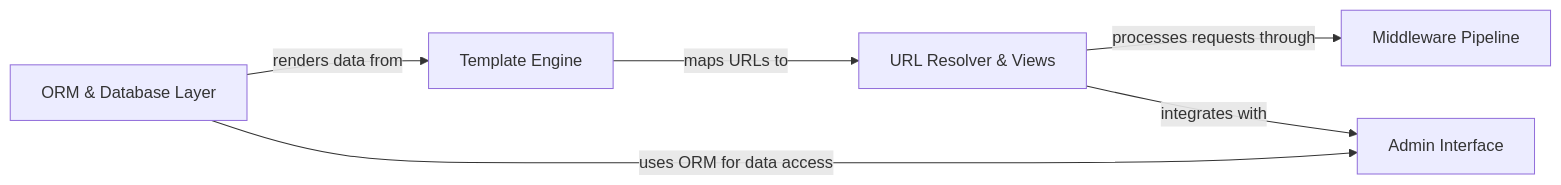
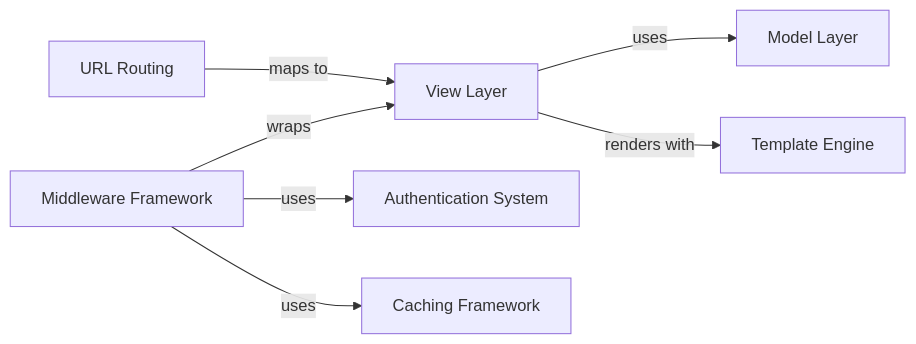
Before and after one commit to CodeBoarding/GeneratedOnBoardings: the diagram in django/on_boarding.md, drawn with Mermaid. The commit also changed other lines of this file and 4 other files, not shown here.

````diff
--- a/django/on_boarding.md
+++ b/django/on_boarding.md
@@ -1,17 +1,16 @@
 ```mermaid
 graph LR
-    ORM_Database_Layer["ORM & Database Layer"]
-    Middleware_Pipeline["Middleware Pipeline"]
-    URL_Resolver_Views["URL Resolver & Views"]
+    Model_Layer["Model Layer"]
+    View_Layer["View Layer"]
     Template_Engine["Template Engine"]
-    Admin_Interface["Admin Interface"]
-    URL_Resolver_Views -- "processes requests through" --> Middleware_Pipeline
-    Template_Engine -- "maps URLs to" --> URL_Resolver_Views
-    ORM_Database_Layer -- "renders data from" --> Template_Engine
-    ORM_Database_Layer -- "uses ORM for data access" --> Admin_Interface
-    URL_Resolver_Views -- "integrates with" --> Admin_Interface
-    click ORM_Database_Layer href "https://github.com/CodeBoarding/GeneratedOnBoardings/blob/main/django/ORM_Database_Layer.md" "Details"
-    click Middleware_Pipeline href "https://github.com/CodeBoarding/GeneratedOnBoardings/blob/main/django/Middleware_Pipeline.md" "Details"
-    click URL_Resolver_Views href "https://github.com/CodeBoarding/GeneratedOnBoardings/blob/main/django/URL_Resolver_Views.md" "Details"
-    click Template_Engine href "https://github.com/CodeBoarding/GeneratedOnBoardings/blob/main/django/Template_Engine.md" "Details"
+    URL_Routing["URL Routing"]
+    Middleware_Framework["Middleware Framework"]
+    Authentication_System["Authentication System"]
+    Caching_Framework["Caching Framework"]
+    URL_Routing -- "maps to" --> View_Layer
+    View_Layer -- "uses" --> Model_Layer
+    View_Layer -- "renders with" --> Template_Engine
+    Middleware_Framework -- "wraps" --> View_Layer
+    Middleware_Framework -- "uses" --> Authentication_System
+    Middleware_Framework -- "uses" --> Caching_Framework
 ```
````
